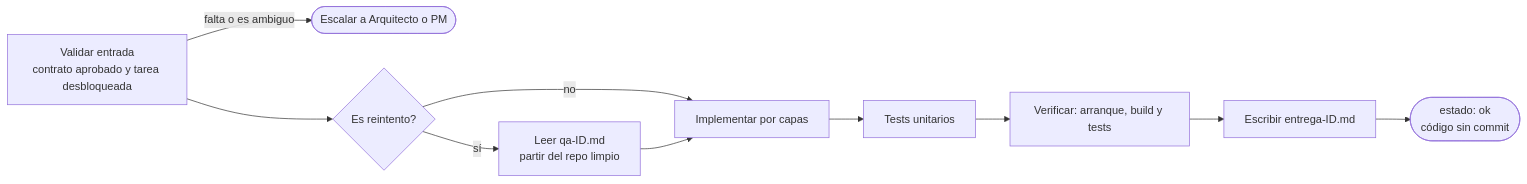
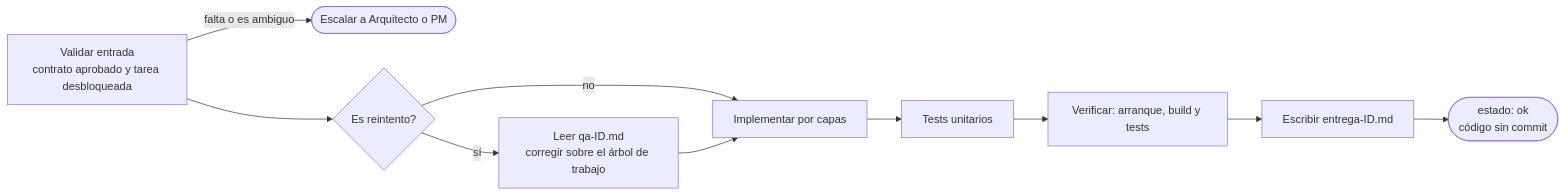
The ninth of 11 diagrams in flujo-agents.md (JordiTurell/GrangesAndreu), drawn with Mermaid before and after one commit. The commit also changed other lines of this file and 13 other files, not shown here.

````diff
--- a/flujo-agents.md
+++ b/flujo-agents.md
@@ -185,12 +181,12 @@
 ```mermaid
 flowchart LR
     A["Validar entrada<br/>contrato aprobado y tarea desbloqueada"] -->|falta o es ambiguo| X([Escalar a Arquitecto o PM])
     A --> B{"Es reintento?"}
-    B -->|sí| C["Leer qa-ID.md<br/>partir del repo limpio"]
+    B -->|sí| C["Leer qa-ID.md<br/>corregir sobre el árbol de trabajo"]
     B -->|no| D
     C --> D["Implementar por capas"]
     D --> E["Tests unitarios"]
     E --> F["Verificar: arranque, build y tests"]
     F --> G["Escribir entrega-ID.md"]
     G --> H(["estado: ok<br/>código sin commit"])
 ```
````
